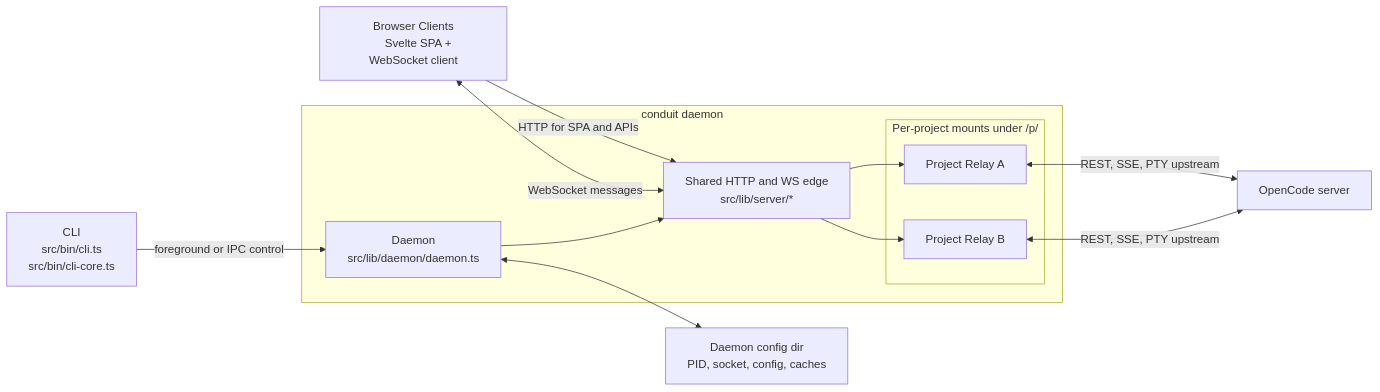
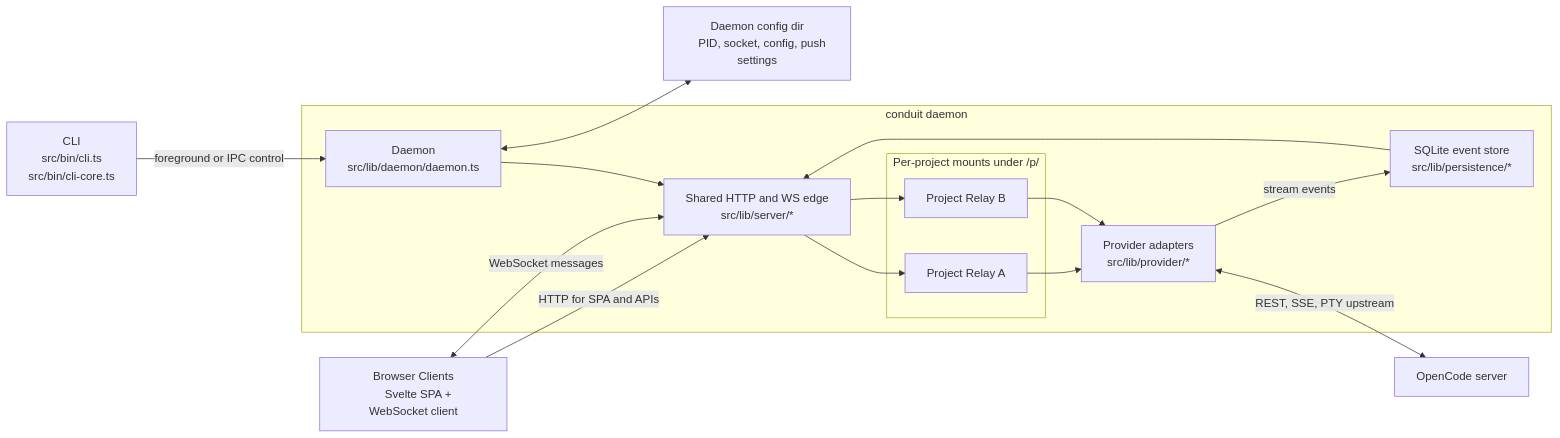
One commit to dibstern/openconduit changed the diagram in docs/agent-guide/system-context-diagram.mermaid. Above: the diagram before and after it, drawn with Mermaid. The commit also changed 3 other files, not shown here.

Commit message:
docs: update AGENTS.md and architecture guide to reflect orchestrator architecture

```diff
--- a/docs/agent-guide/system-context-diagram.mermaid
+++ b/docs/agent-guide/system-context-diagram.mermaid
@@ -1,32 +1,39 @@
 flowchart LR
     cli[CLI
     src/bin/cli.ts
     src/bin/cli-core.ts]
     browser[Browser Clients
     Svelte SPA + WebSocket client]
 
     subgraph relay[conduit daemon]
         daemon[Daemon
         src/lib/daemon/daemon.ts]
         server[Shared HTTP and WS edge
         src/lib/server/*]
+        persistence[SQLite event store
+        src/lib/persistence/*]
+        providers[Provider adapters
+        src/lib/provider/*]
 
         subgraph projects[Per-project mounts under /p/<slug>]
             relayA[Project Relay A]
             relayB[Project Relay B]
         end
     end
 
     opencode[OpenCode server]
     state[Daemon config dir
-    PID, socket, config, caches]
+    PID, socket, config, push settings]
 
     cli -->|foreground or IPC control| daemon
     browser -->|HTTP for SPA and APIs| server
     browser <-->|WebSocket messages| server
     daemon --> server
     server --> relayA
     server --> relayB
-    relayA <-->|REST, SSE, PTY upstream| opencode
-    relayB <-->|REST, SSE, PTY upstream| opencode
+    relayA --> providers
+    relayB --> providers
+    providers <-->|REST, SSE, PTY upstream| opencode
+    providers -->|stream events| persistence
+    persistence --> server
     daemon <--> state
```
